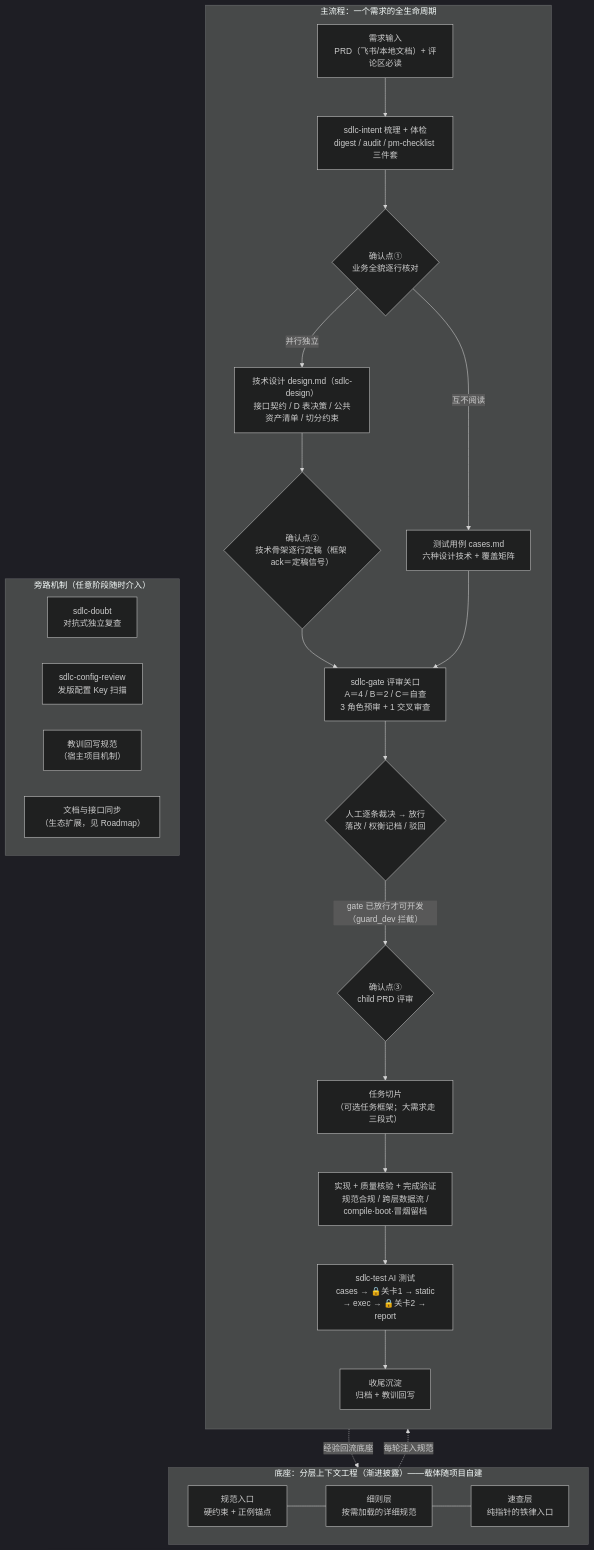
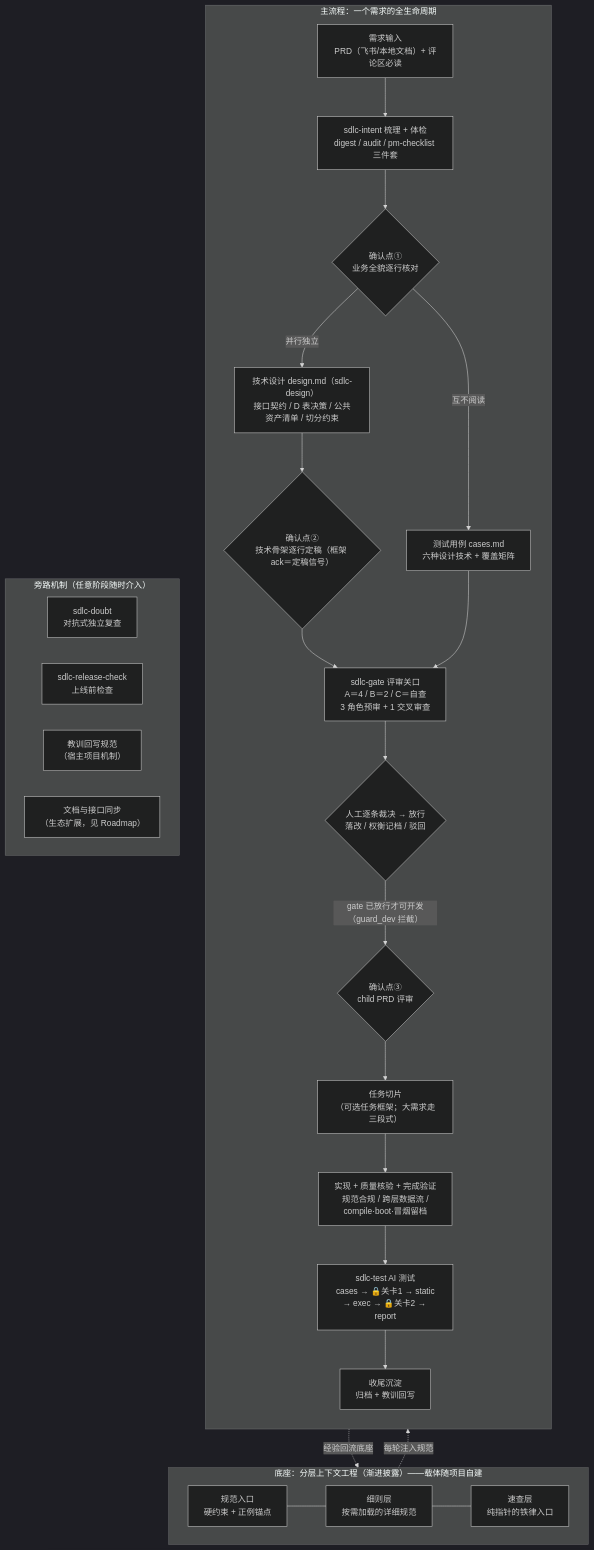
Before and after one commit to TsCarpe/claude-sdlc-skills: the first of 2 diagrams in docs/workflow.md, drawn with Mermaid (dark theme). The commit also changed other lines of this file and 20 other files, not shown here.

First line of the commit message:
feat：sdlc-config-review → sdlc-release-check——DDL/DML 变更分级 + 发布时刻表

````diff
--- a/docs/workflow.md
+++ b/docs/workflow.md
@@ -13,36 +13,36 @@
 ```mermaid
 flowchart TB
     subgraph CTX["底座：分层上下文工程（渐进披露）——载体随项目自建"]
         direction LR
         A1["规范入口<br/>硬约束 + 正例锚点"] --- A2["细则层<br/>按需加载的详细规范"]
         A2 --- A3["速查层<br/>纯指针的铁律入口"]
     end
 
     subgraph MAIN["主流程：一个需求的全生命周期"]
         direction TB
         B1["需求输入<br/>PRD（飞书/本地文档）+ 评论区必读"] --> B2["sdlc-intent 梳理 + 体检<br/>digest / audit / pm-checklist 三件套"]
         B2 --> C1{"确认点①<br/>业务全貌逐行核对"}
         C1 -->|"并行独立"| B3a["技术设计 design.md（sdlc-design）<br/>接口契约 / D 表决策 / 公共资产清单 / 切分约束"]
         C1 -->|"互不阅读"| B3b["测试用例 cases.md<br/>六种设计技术 + 覆盖矩阵"]
         B3a --> C2a{"确认点②<br/>技术骨架逐行定稿（框架 ack＝定稿信号）"}
         C2a --> B4["sdlc-gate 评审关口<br/>A＝4 / B＝2 / C＝自查<br/>3 角色预审 + 1 交叉审查"]
         B3b --> B4
         B4 --> C2{"人工逐条裁决 → 放行<br/>落改 / 权衡记档 / 驳回"}
         C2 -->|"gate 已放行才可开发（guard_dev 拦截）"| C3{"确认点③<br/>child PRD 评审"}
         C3 --> B5["任务切片<br/>（可选任务框架；大需求走三段式）"]
         B5 --> B6["实现 + 质量核验 + 完成验证<br/>规范合规 / 跨层数据流 /<br/>compile·boot·冒烟留档"]
         B6 --> B7["sdlc-test AI 测试<br/>cases → 🔒关卡1 → static<br/>→ exec → 🔒关卡2 → report"]
         B7 --> B8["收尾沉淀<br/>归档 + 教训回写"]
     end
 
     subgraph SIDE["旁路机制（任意阶段随时介入）"]
         direction LR
         S1["sdlc-doubt<br/>对抗式独立复查"]
-        S2["sdlc-config-review<br/>发版配置 Key 扫描"]
+        S2["sdlc-release-check<br/>上线前检查"]
         S3["教训回写规范<br/>（宿主项目机制）"]
         S4["文档与接口同步<br/>（生态扩展，见 Roadmap）"]
     end
 
     CTX -. 每轮注入规范 .-> B5
     B8 -. 经验回流底座 .-> CTX
 ```
````
